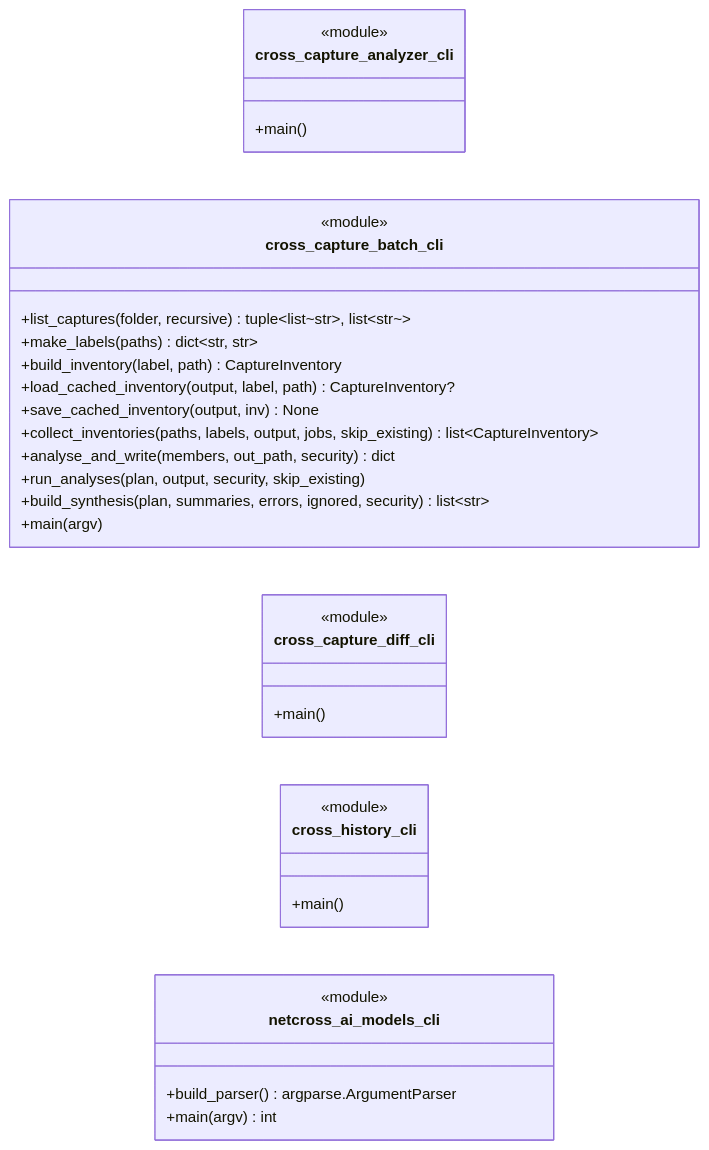
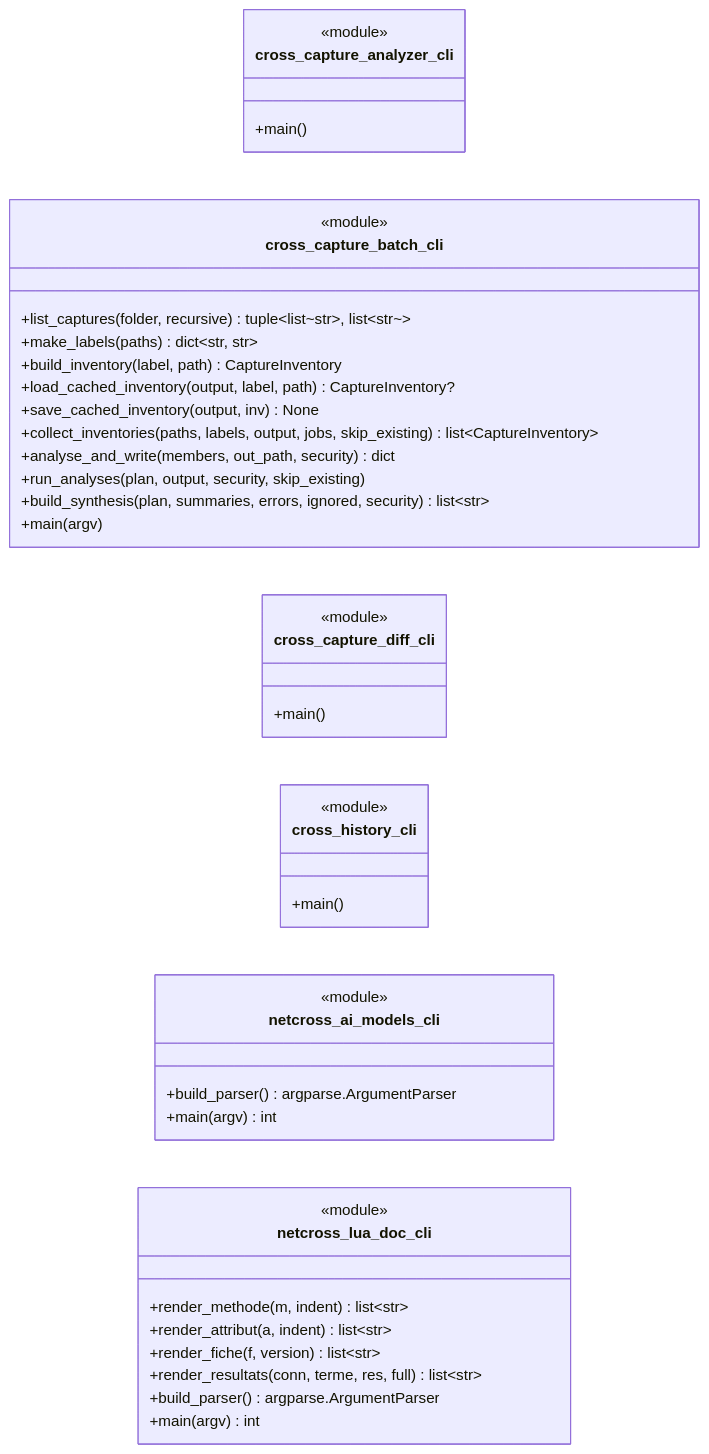
One commit to MathildeDec/Netcross changed diagram 19 of 19 in docs/class-diagram.md. Above: the diagram before and after it, drawn with Mermaid. The commit also changed other lines of this file and 178 other files, not shown here.

First line of the commit message:
Release : dev → main (audit du 23/09, banque Lua, API multi-points et déployable, sécurité GUI) (#398)

````diff
--- a/docs/class-diagram.md
+++ b/docs/class-diagram.md
@@ -3993,44 +4215,55 @@
 ```mermaid
 classDiagram
     direction LR
 
     %% ===== cross_capture_analyzer_cli =====
     class mod_cross_capture_analyzer_cli["cross_capture_analyzer_cli"] {
         <<module>>
         +main()
     }
 
     %% ===== cross_capture_batch_cli =====
     class mod_cross_capture_batch_cli["cross_capture_batch_cli"] {
         <<module>>
         +list_captures(folder, recursive) tuple~list~str~, list~str~~
         +make_labels(paths) dict~str, str~
         +build_inventory(label, path) CaptureInventory
         +load_cached_inventory(output, label, path) CaptureInventory?
         +save_cached_inventory(output, inv) None
         +collect_inventories(paths, labels, output, jobs, skip_existing) list~CaptureInventory~
         +analyse_and_write(members, out_path, security) dict
         +run_analyses(plan, output, security, skip_existing)
         +build_synthesis(plan, summaries, errors, ignored, security) list~str~
         +main(argv)
     }
 
     %% ===== cross_capture_diff_cli =====
     class mod_cross_capture_diff_cli["cross_capture_diff_cli"] {
         <<module>>
         +main()
     }
 
     %% ===== cross_history_cli =====
     class mod_cross_history_cli["cross_history_cli"] {
         <<module>>
         +main()
     }
 
     %% ===== netcross_ai_models_cli =====
     class mod_netcross_ai_models_cli["netcross_ai_models_cli"] {
         <<module>>
         +build_parser() argparse.ArgumentParser
         +main(argv) int
     }
+
+    %% ===== netcross_lua_doc_cli =====
+    class mod_netcross_lua_doc_cli["netcross_lua_doc_cli"] {
+        <<module>>
+        +render_methode(m, indent) list~str~
+        +render_attribut(a, indent) list~str~
+        +render_fiche(f, version) list~str~
+        +render_resultats(conn, terme, res, full) list~str~
+        +build_parser() argparse.ArgumentParser
+        +main(argv) int
+    }
 ```
````
